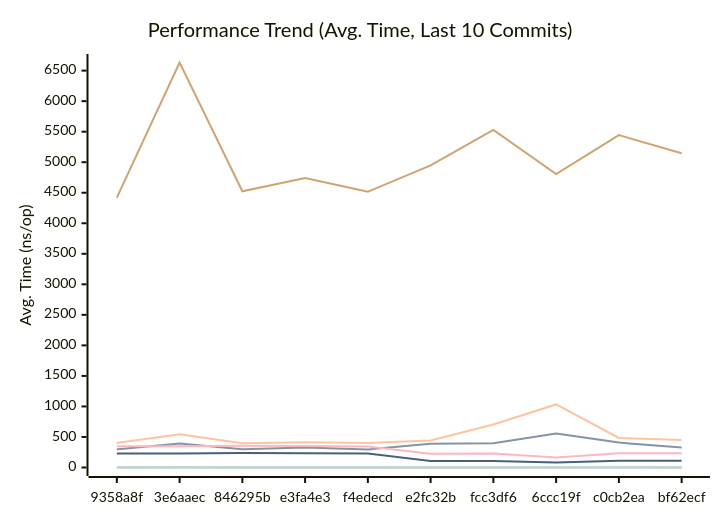
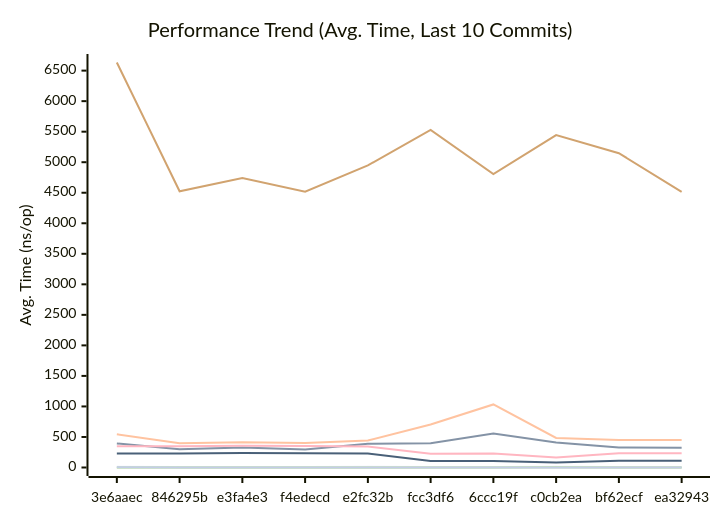
One commit to alsotoes/momo changed the first of 3 diagrams in docs/PERFORMANCE.md. Above: the diagram before and after it, drawn with Mermaid. The commit also changed other lines of this file and 2 other files, not shown here.

````diff
--- a/docs/PERFORMANCE.md
+++ b/docs/PERFORMANCE.md
@@ -80,16 +80,16 @@
 ```mermaid
 xychart-beta
     title "Performance Trend (Avg. Time, Last 10 Commits)"
     x-axis "Commit"
     y-axis "Avg. Time (ns/op)"
-    x-axis [9358a8f,3e6aaec,846295b,e3fa4e3,f4edecd,e2fc32b,fcc3df6,6ccc19f,c0cb2ea,bf62ecf]
-    line "CheckMetricsAndSwap" [8,11,8,8,9,13,9,9,11,10]
-    line "CrushOptimized" [298,393,297,329,295,389,396,555,408,327]
-    line "CrushOriginal" [403,545,396,415,403,442,705,1033,485,449]
-    line "IndexDirectTracking" [0,0,0,0,0,0,0,0,1,0]
-    line "IndexSearch" [2,2,2,2,2,2,2,2,3,2]
-    line "LoadGlobalConfig" [4420,6633,4524,4742,4516,4948,5528,4804,5443,5148]
-    line "PadString" [2,3,2,2,2,2,2,2,2,2]
+    x-axis [3e6aaec,846295b,e3fa4e3,f4edecd,e2fc32b,fcc3df6,6ccc19f,c0cb2ea,bf62ecf,ea32943]
+    line "CheckMetricsAndSwap" [11,8,8,9,13,9,9,11,10,8]
+    line "CrushOptimized" [393,297,329,295,389,396,555,408,327,324]
+    line "CrushOriginal" [545,396,415,403,442,705,1033,485,449,449]
+    line "IndexDirectTracking" [0,0,0,0,0,0,0,1,0,0]
+    line "IndexSearch" [2,2,2,2,2,2,2,3,2,2]
+    line "LoadGlobalConfig" [6633,4524,4742,4516,4948,5528,4804,5443,5148,4514]
+    line "PadString" [3,2,2,2,2,2,2,2,2,2]
     line "ParseReplicationOrder_NoPrealloc" [350,349,357,354,345,225,229,165,232,234]
     line "ParseReplicationOrder_Prealloc" [229,231,237,234,229,108,107,80,110,109]
 ```
````
